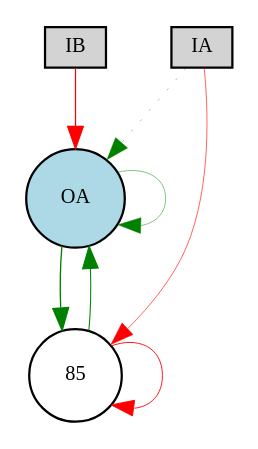
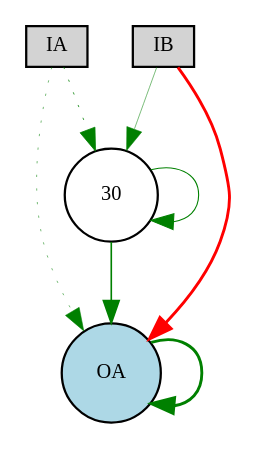
One commit to danxan/neuromorphic-evolution changed the diagram in source/cont_exp/Digraph.gv. Above: the diagram before and after it, drawn with Graphviz. The commit also changed 6 other files, not shown here.

```diff
--- a/source/cont_exp/Digraph.gv
+++ b/source/cont_exp/Digraph.gv
@@ -1,14 +1,14 @@
 digraph {
 	node [fontsize=9 height=0.2 shape=circle width=0.2]
 	IA [fillcolor=lightgray shape=box style=filled]
 	IB [fillcolor=lightgray shape=box style=filled]
 	OA [fillcolor=lightblue style=filled]
-	85 [fillcolor=white style=filled]
-	IA -> 85 [color=red penwidth=0.2699598060933758 style=solid]
-	85 -> OA [color=green penwidth=0.45783304721820006 style=solid]
-	IA -> OA [color=green penwidth=0.18398185330646458 style=dotted]
-	IB -> OA [color=red penwidth=0.5416997710025245 style=solid]
-	OA -> OA [color=green penwidth=0.20661559911378696 style=solid]
-	OA -> 85 [color=green penwidth=0.585413440266519 style=solid]
-	85 -> 85 [color=red penwidth=0.39844865399846374 style=solid]
+	30 [fillcolor=white style=filled]
+	IA -> 30 [color=green penwidth=0.35299620419858013 style=dotted]
+	IB -> 30 [color=green penwidth=0.22984475803696972 style=solid]
+	30 -> OA [color=green penwidth=0.723917304299215 style=solid]
+	IA -> OA [color=green penwidth=0.2363894910044272 style=dotted]
+	IB -> OA [color=red penwidth=1.27818354123499 style=solid]
+	OA -> OA [color=green penwidth=1.265854830248592 style=solid]
+	30 -> 30 [color=green penwidth=0.47887947397714625 style=solid]
 }
```
